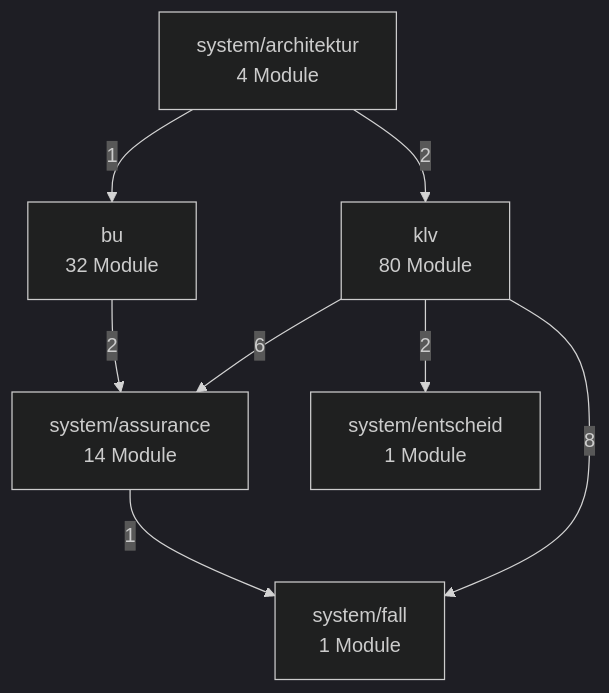
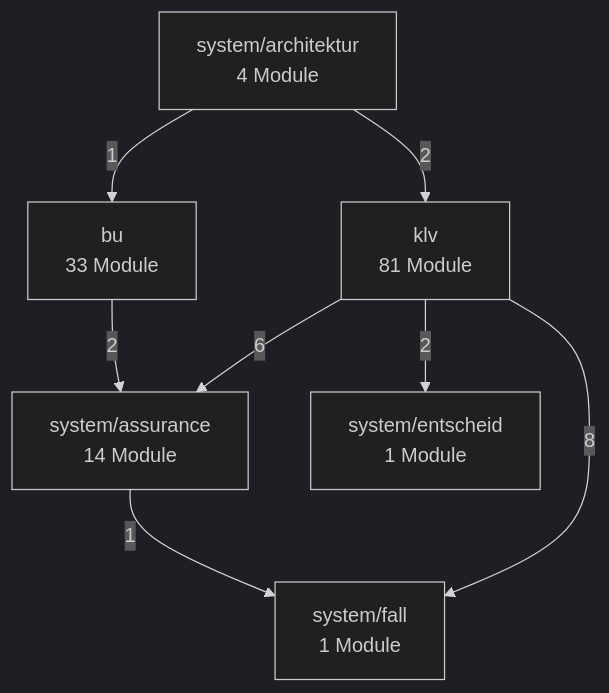
One commit to bartlmac/rechner-pipeline changed the second of 3 diagrams in docs/architektur/landkarte.md. Above: the diagram before and after it, drawn with Mermaid (dark theme). The commit also changed other lines of this file and 19 other files, not shown here.

````diff
--- a/docs/architektur/landkarte.md
+++ b/docs/architektur/landkarte.md
@@ -78,17 +78,17 @@
 ```mermaid
 %% Fachknoten — erzeugt von ontologie.landkarte
 flowchart TD
-    bu["bu<br/>32 Module"]
-    klv["klv<br/>80 Module"]
+    bu["bu<br/>33 Module"]
+    klv["klv<br/>81 Module"]
     system_architektur["system/architektur<br/>4 Module"]
     system_assurance["system/assurance<br/>14 Module"]
     system_entscheid["system/entscheid<br/>1 Module"]
     system_fall["system/fall<br/>1 Module"]
     bu -- 2 --> system_assurance
     klv -- 6 --> system_assurance
     klv -- 2 --> system_entscheid
     klv -- 8 --> system_fall
     system_architektur -- 1 --> bu
     system_architektur -- 2 --> klv
     system_assurance -- 1 --> system_fall
 ```
````
